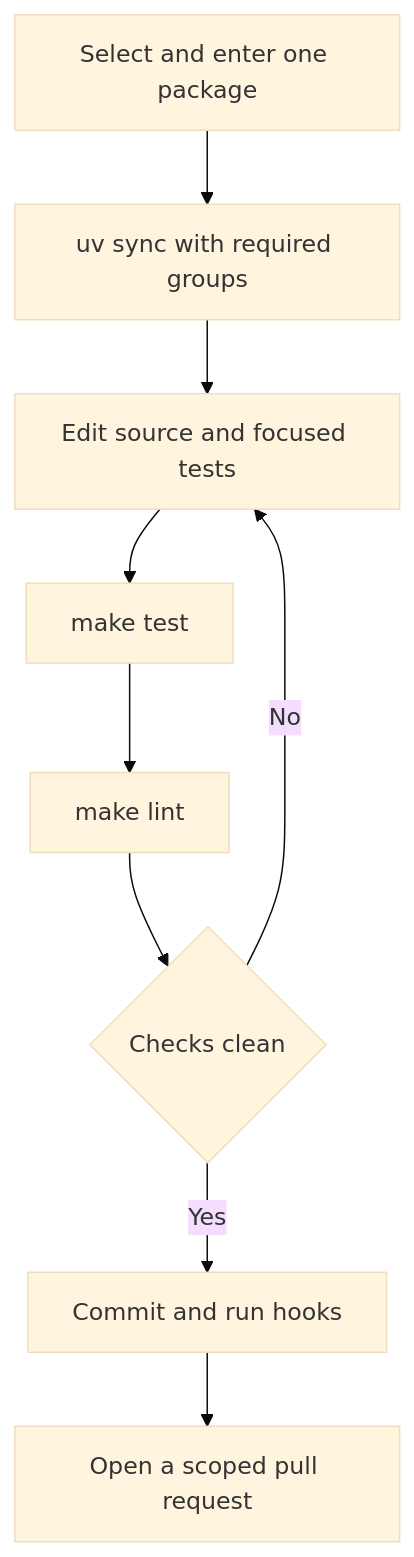
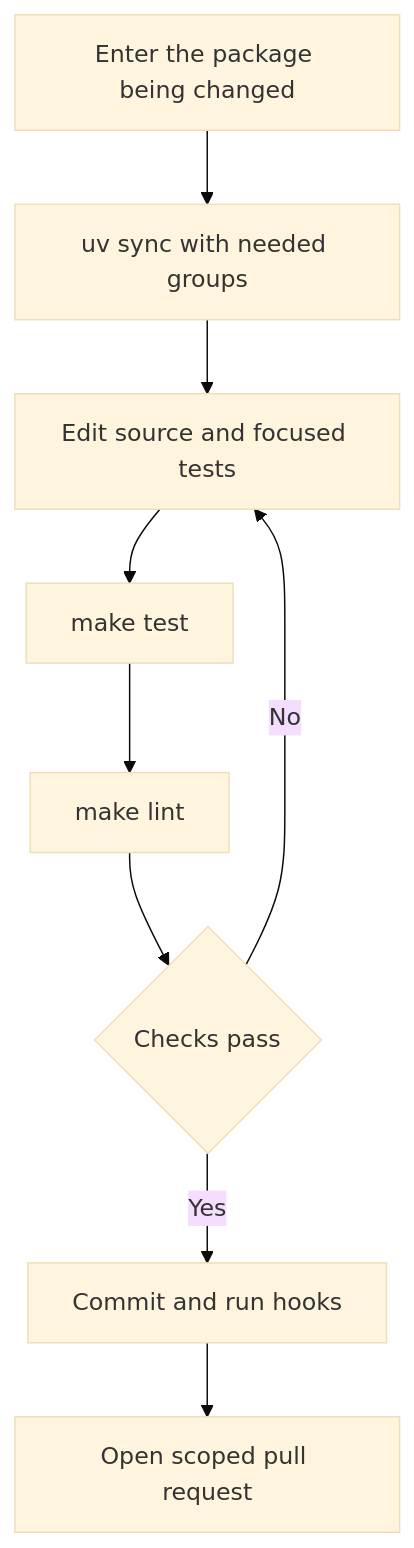
One commit to langchain-ai/deepagents changed the first of 2 diagrams in openwiki/operations/development.md. Above: the diagram before and after it, drawn with Mermaid (base theme). The commit also changed other lines of this file and 39 other files, not shown here.

````diff
--- a/openwiki/operations/development.md
+++ b/openwiki/operations/development.md
@@ -87,11 +94,11 @@
 ```mermaid
 flowchart TD
-    A["Select and enter one package"] --> B["uv sync with required groups"]
-    B --> C["Edit source and focused tests"]
-    C --> D["make test"]
-    D --> E["make lint"]
-    E --> F{"Checks clean"}
-    F -->|"No"| C
-    F -->|"Yes"| G["Commit and run hooks"]
-    G --> H["Open a scoped pull request"]
+    Select["Enter the package being changed"] --> Sync["uv sync with needed groups"]
+    Sync --> Edit["Edit source and focused tests"]
+    Edit --> Test["make test"]
+    Test --> Lint["make lint"]
+    Lint --> Clean{"Checks pass"}
+    Clean -->|"No"| Edit
+    Clean -->|"Yes"| Commit["Commit and run hooks"]
+    Commit --> PR["Open scoped pull request"]
 ```
````
